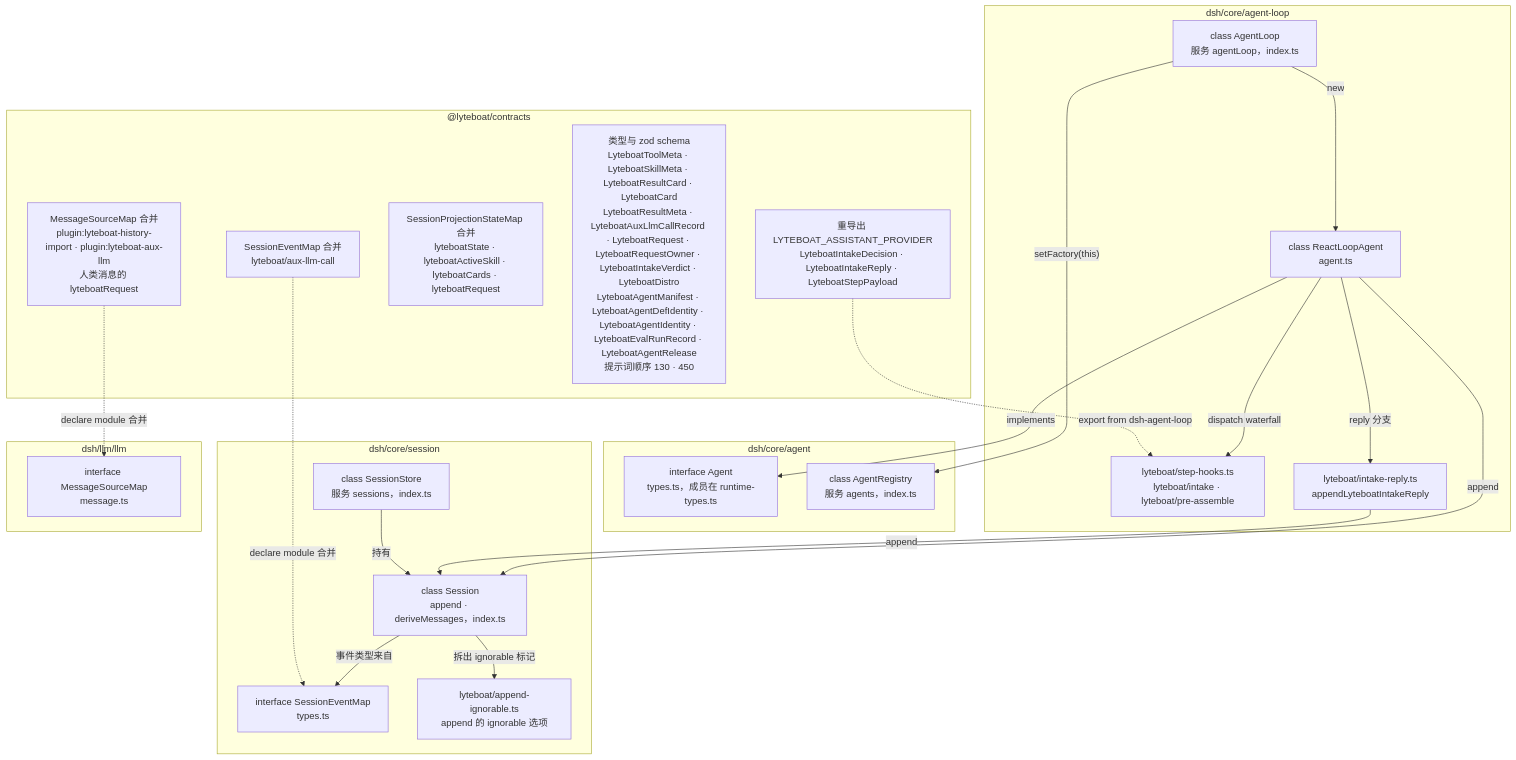
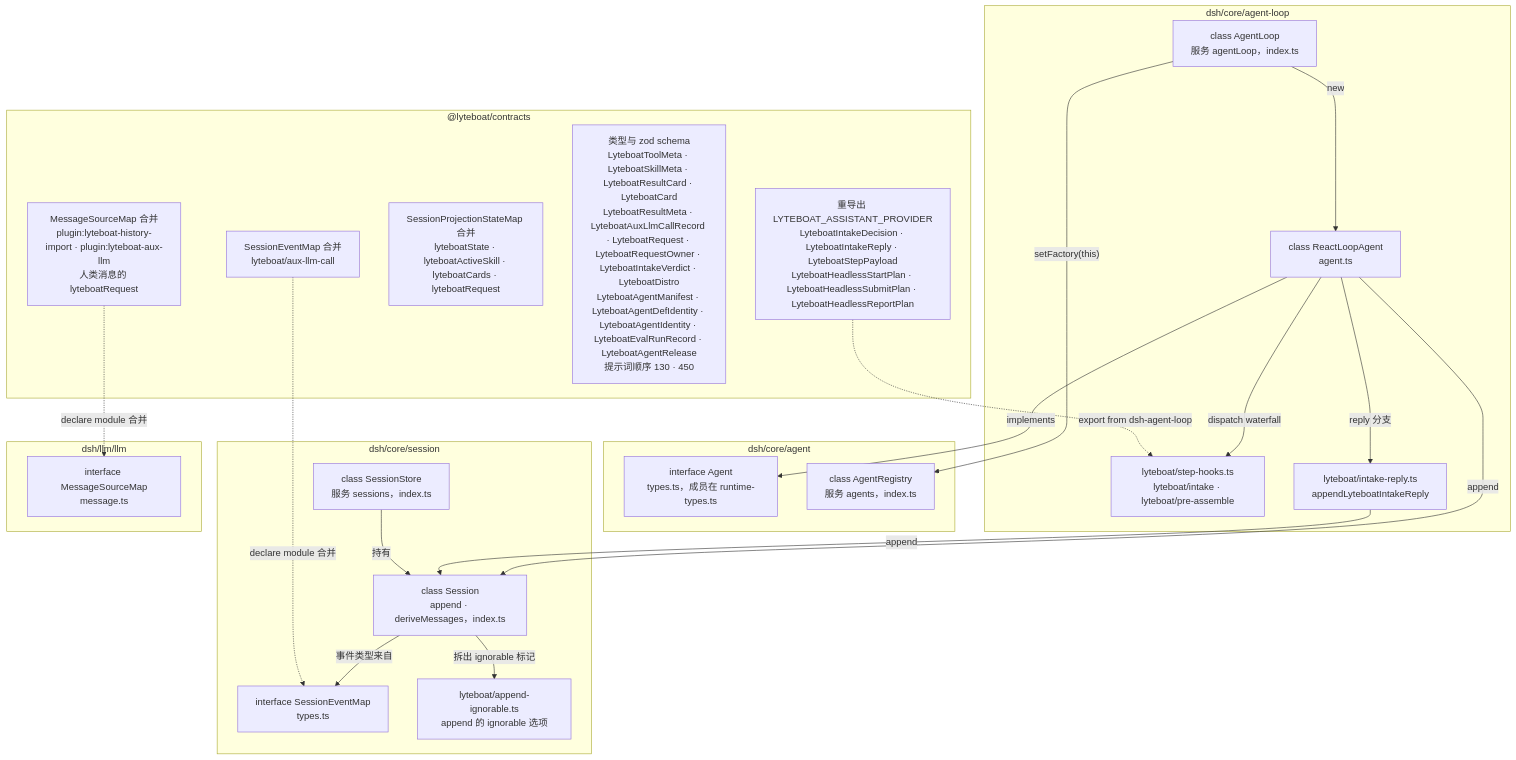
Before and after one commit to lyteboat/lyteboat: the fourth of 11 diagrams in docs/01-architecture.md, drawn with Mermaid. The commit also changed other lines of this file and 13 other files, not shown here.

````diff
--- a/docs/01-architecture.md
+++ b/docs/01-architecture.md
@@ -269,42 +276,42 @@
 ```mermaid
 flowchart TB
   subgraph AGT["dsh/core/agent"]
     agentT["interface Agent<br/>types.ts，成员在 runtime-types.ts"]
     reg["class AgentRegistry<br/>服务 agents，index.ts"]
   end
   subgraph LOOP["dsh/core/agent-loop"]
     al["class AgentLoop<br/>服务 agentLoop，index.ts"]
     rla["class ReactLoopAgent<br/>agent.ts"]
     hooks["lyteboat/step-hooks.ts<br/>lyteboat/intake · lyteboat/pre-assemble"]
     reply["lyteboat/intake-reply.ts<br/>appendLyteboatIntakeReply"]
   end
   subgraph SESS["dsh/core/session"]
     store["class SessionStore<br/>服务 sessions，index.ts"]
     sess["class Session<br/>append · deriveMessages，index.ts"]
     sem["interface SessionEventMap<br/>types.ts"]
     ign["lyteboat/append-ignorable.ts<br/>append 的 ignorable 选项"]
   end
   subgraph LLMP["dsh/llm/llm"]
     msm["interface MessageSourceMap<br/>message.ts"]
   end
   subgraph CON["@lyteboat/contracts"]
     cEv["SessionEventMap 合并<br/>lyteboat/aux-llm-call"]
     cSrc["MessageSourceMap 合并<br/>plugin:lyteboat-history-import · plugin:lyteboat-aux-llm<br/>人类消息的 lyteboatRequest"]
     cProj["SessionProjectionStateMap 合并<br/>lyteboatState · lyteboatActiveSkill · lyteboatCards · lyteboatRequest"]
     cMeta["类型与 zod schema<br/>LyteboatToolMeta · LyteboatSkillMeta · LyteboatResultCard · LyteboatCard<br/>LyteboatResultMeta · LyteboatAuxLlmCallRecord · LyteboatRequest · LyteboatRequestOwner · LyteboatIntakeVerdict · LyteboatDistro<br/>LyteboatAgentManifest · LyteboatAgentDefIdentity · LyteboatAgentIdentity · LyteboatEvalRunRecord · LyteboatAgentRelease<br/>提示词顺序 130 · 450"]
-    cRe["重导出 LYTEBOAT_ASSISTANT_PROVIDER<br/>LyteboatIntakeDecision · LyteboatIntakeReply · LyteboatStepPayload"]
+    cRe["重导出 LYTEBOAT_ASSISTANT_PROVIDER<br/>LyteboatIntakeDecision · LyteboatIntakeReply · LyteboatStepPayload<br/>LyteboatHeadlessStartPlan · LyteboatHeadlessSubmitPlan · LyteboatHeadlessReportPlan"]
   end
   al -->|"setFactory(this)"| reg
   al -->|"new"| rla
   rla -->|"implements"| agentT
   rla -->|"dispatch waterfall"| hooks
   rla -->|"reply 分支"| reply
   rla -->|"append"| sess
   reply -->|"append"| sess
   store -->|"持有"| sess
   sess -->|"事件类型来自"| sem
   sess -->|"拆出 ignorable 标记"| ign
   cEv -.->|"declare module 合并"| sem
   cSrc -.->|"declare module 合并"| msm
   cRe -.->|"export from dsh-agent-loop"| hooks
 ```
````
